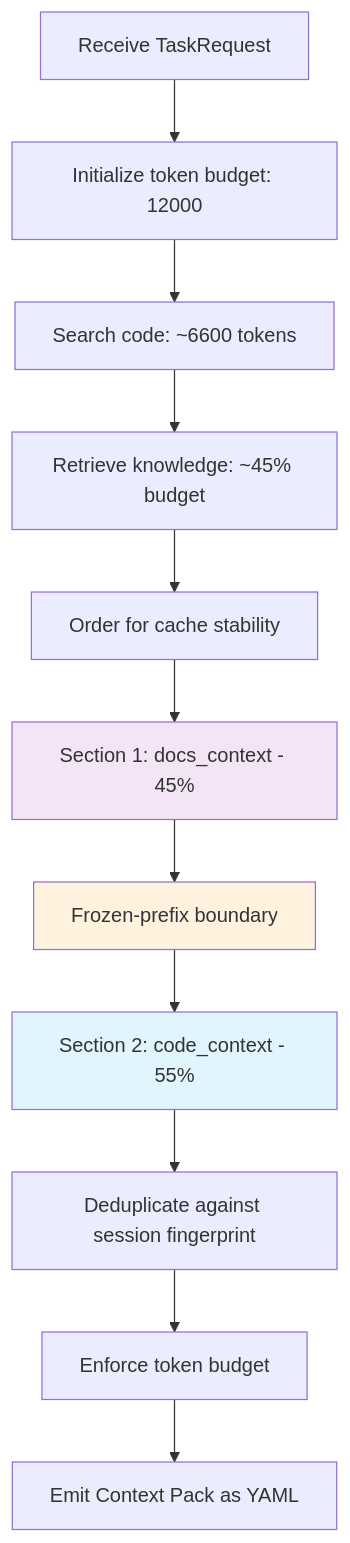
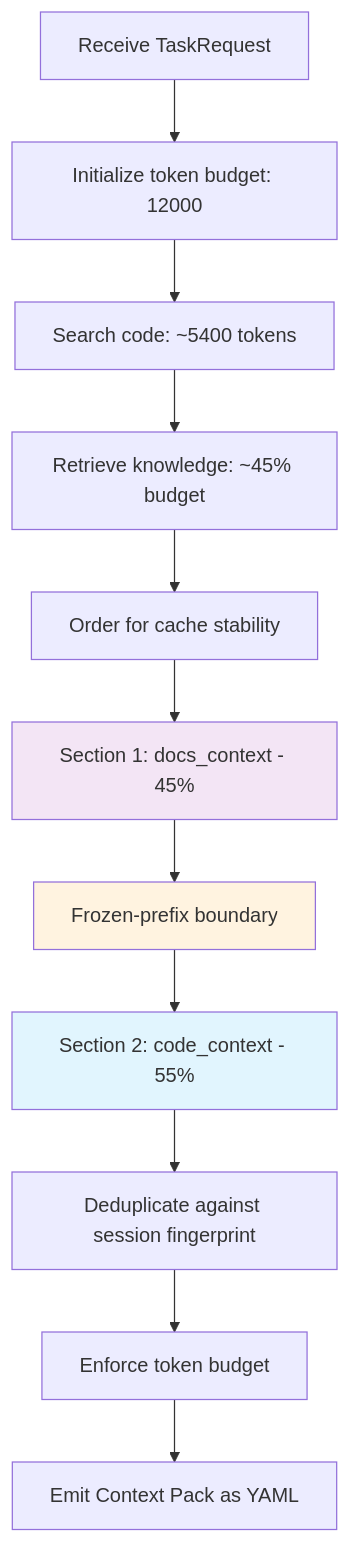
Before and after one commit to leonortega/knocode: the fourth of 8 diagrams in docs/01-architecture/DATA_FLOW.md, drawn with Mermaid. The commit also changed other lines of this file and 51 other files, not shown here.

````diff
--- a/docs/01-architecture/DATA_FLOW.md
+++ b/docs/01-architecture/DATA_FLOW.md
@@ -204,19 +204,19 @@
 ```mermaid
 flowchart TD
     A[Receive TaskRequest] --> B[Initialize token budget: 12000]
-    B --> C[Search code: ~6600 tokens]
+    B --> C[Search code: ~5400 tokens]
     C --> D[Retrieve knowledge: ~45% budget]
     D --> E[Order for cache stability]
 
     E --> F[Section 1: docs_context - 45%]
     F --> G[Frozen-prefix boundary]
     G --> H[Section 2: code_context - 55%]
 
     H --> I[Deduplicate against session fingerprint]
     I --> J[Enforce token budget]
     J --> K[Emit Context Pack as YAML]
 
     style F fill:#f3e5f5
     style G fill:#fff3e0
     style H fill:#e1f5fe
 ```
````
